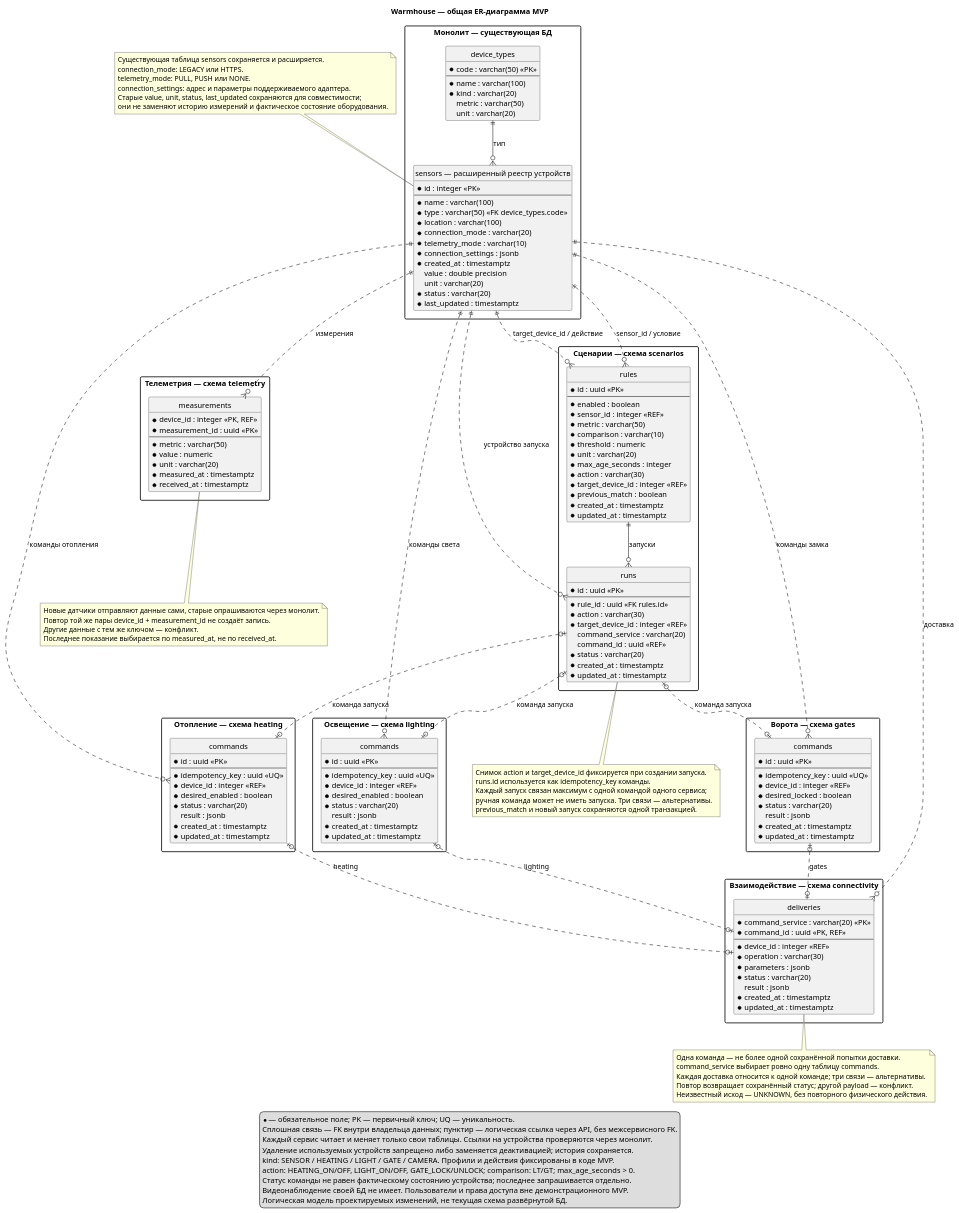
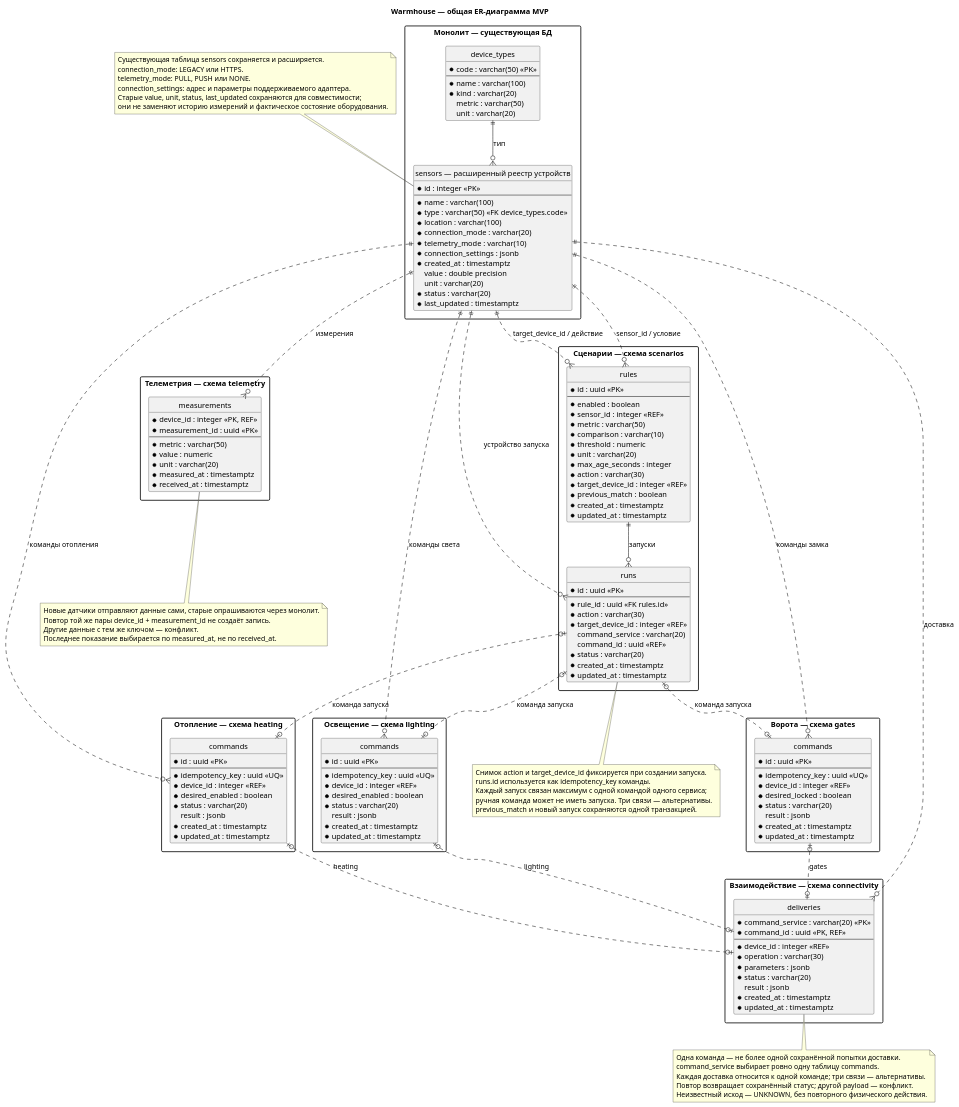
One commit to AndyMcFishka/architecture-pro-warmhouse changed the diagram in diagrams/er.puml. Above: the diagram before and after it, drawn with PlantUML.

Commit message:
Remove bottom legend from ER diagram

```diff
--- a/diagrams/er.puml
+++ b/diagrams/er.puml
@@ -1,199 +1,189 @@
 @startuml
 title Warmhouse — общая ER-диаграмма MVP
 hide circle
 skinparam nodesep 65
 skinparam ranksep 65
 skinparam packageStyle rectangle
 skinparam entity {
   BackgroundColor #F4F8FC
   BorderColor #436582
 }
 
 package "Монолит — существующая БД" {
   entity "device_types" as types {
     * code : varchar(50) <<PK>>
     --
     * name : varchar(100)
     * kind : varchar(20)
     metric : varchar(50)
     unit : varchar(20)
   }
   entity "sensors — расширенный реестр устройств" as devices {
     * id : integer <<PK>>
     --
     * name : varchar(100)
     * type : varchar(50) <<FK device_types.code>>
     * location : varchar(100)
     * connection_mode : varchar(20)
     * telemetry_mode : varchar(10)
     * connection_settings : jsonb
     * created_at : timestamptz
     value : double precision
     unit : varchar(20)
     * status : varchar(20)
     * last_updated : timestamptz
   }
 }
 
 package "Телеметрия — схема telemetry" {
   entity "measurements" as measurements {
     * device_id : integer <<PK, REF>>
     * measurement_id : uuid <<PK>>
     --
     * metric : varchar(50)
     * value : numeric
     * unit : varchar(20)
     * measured_at : timestamptz
     * received_at : timestamptz
   }
 }
 
 package "Отопление — схема heating" {
   entity "commands" as heating {
     * id : uuid <<PK>>
     --
     * idempotency_key : uuid <<UQ>>
     * device_id : integer <<REF>>
     * desired_enabled : boolean
     * status : varchar(20)
     result : jsonb
     * created_at : timestamptz
     * updated_at : timestamptz
   }
 }
 
 package "Освещение — схема lighting" {
   entity "commands" as lighting {
     * id : uuid <<PK>>
     --
     * idempotency_key : uuid <<UQ>>
     * device_id : integer <<REF>>
     * desired_enabled : boolean
     * status : varchar(20)
     result : jsonb
     * created_at : timestamptz
     * updated_at : timestamptz
   }
 }
 
 package "Ворота — схема gates" {
   entity "commands" as gates {
     * id : uuid <<PK>>
     --
     * idempotency_key : uuid <<UQ>>
     * device_id : integer <<REF>>
     * desired_locked : boolean
     * status : varchar(20)
     result : jsonb
     * created_at : timestamptz
     * updated_at : timestamptz
   }
 }
 
 package "Взаимодействие — схема connectivity" {
   entity "deliveries" as deliveries {
     * command_service : varchar(20) <<PK>>
     * command_id : uuid <<PK, REF>>
     --
     * device_id : integer <<REF>>
     * operation : varchar(30)
     * parameters : jsonb
     * status : varchar(20)
     result : jsonb
     * created_at : timestamptz
     * updated_at : timestamptz
   }
 }
 
 package "Сценарии — схема scenarios" {
   entity "rules" as rules {
     * id : uuid <<PK>>
     --
     * enabled : boolean
     * sensor_id : integer <<REF>>
     * metric : varchar(50)
     * comparison : varchar(10)
     * threshold : numeric
     * unit : varchar(20)
     * max_age_seconds : integer
     * action : varchar(30)
     * target_device_id : integer <<REF>>
     * previous_match : boolean
     * created_at : timestamptz
     * updated_at : timestamptz
   }
   entity "runs" as runs {
     * id : uuid <<PK>>
     --
     * rule_id : uuid <<FK rules.id>>
     * action : varchar(30)
     * target_device_id : integer <<REF>>
     command_service : varchar(20)
     command_id : uuid <<REF>>
     * status : varchar(20)
     * created_at : timestamptz
     * updated_at : timestamptz
   }
 }
 
 types ||--o{ devices : тип
  devices ||..o{ measurements : измерения
  devices ||..o{ heating : команды отопления
  devices ||..o{ lighting : команды света
  devices ||..o{ gates : команды замка
  devices ||..o{ deliveries : доставка
  devices ||..o{ rules : sensor_id / условие
  devices ||..o{ rules : target_device_id / действие
  devices ||..o{ runs : устройство запуска
  rules ||--o{ runs : запуски
  heating |o..o| deliveries : heating
  lighting |o..o| deliveries : lighting
  gates |o..o| deliveries : gates
  runs |o..o| heating : команда запуска
  runs |o..o| lighting : команда запуска
  runs |o..o| gates : команда запуска
 
 note top of devices
   Существующая таблица sensors сохраняется и расширяется.
   connection_mode: LEGACY или HTTPS.
   telemetry_mode: PULL, PUSH или NONE.
   connection_settings: адрес и параметры поддерживаемого адаптера.
   Старые value, unit, status, last_updated сохраняются для совместимости;
   они не заменяют историю измерений и фактическое состояние оборудования.
 end note
 
 note bottom of measurements
   Новые датчики отправляют данные сами, старые опрашиваются через монолит.
   Повтор той же пары device_id + measurement_id не создаёт запись.
   Другие данные с тем же ключом — конфликт.
   Последнее показание выбирается по measured_at, не по received_at.
 end note
 
 note bottom of deliveries
   Одна команда — не более одной сохранённой попытки доставки.
   command_service выбирает ровно одну таблицу commands.
   Каждая доставка относится к одной команде; три связи — альтернативы.
   Повтор возвращает сохранённый статус; другой payload — конфликт.
   Неизвестный исход — UNKNOWN, без повторного физического действия.
 end note
 
 note bottom of runs
   Снимок action и target_device_id фиксируется при создании запуска.
   runs.id используется как idempotency_key команды.
   Каждый запуск связан максимум с одной командой одного сервиса;
   ручная команда может не иметь запуска. Три связи — альтернативы.
   previous_match и новый запуск сохраняются одной транзакцией.
 end note
 
-legend bottom
-  * — обязательное поле; PK — первичный ключ; UQ — уникальность.
-  Сплошная связь — FK внутри владельца данных; пунктир — логическая ссылка через API, без межсервисного FK.
-  Каждый сервис читает и меняет только свои таблицы. Ссылки на устройства проверяются через монолит.
-  Удаление используемых устройств запрещено либо заменяется деактивацией; история сохраняется.
-  kind: SENSOR / HEATING / LIGHT / GATE / CAMERA. Профили и действия фиксированы в коде MVP.
-  action: HEATING_ON/OFF, LIGHT_ON/OFF, GATE_LOCK/UNLOCK; comparison: LT/GT; max_age_seconds > 0.
-  Статус команды не равен фактическому состоянию устройства; последнее запрашивается отдельно.
-  Видеонаблюдение своей БД не имеет. Пользователи и права доступа вне демонстрационного MVP.
-  Логическая модель проектируемых изменений, не текущая схема развёрнутой БД.
-endlegend
+
 @enduml
```
